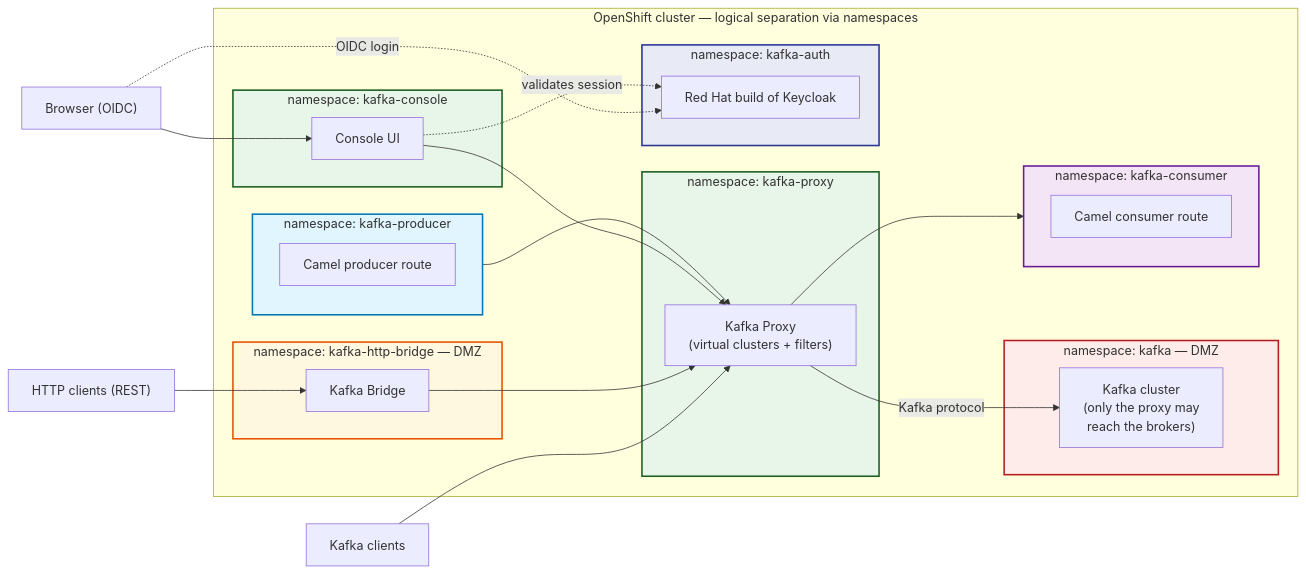
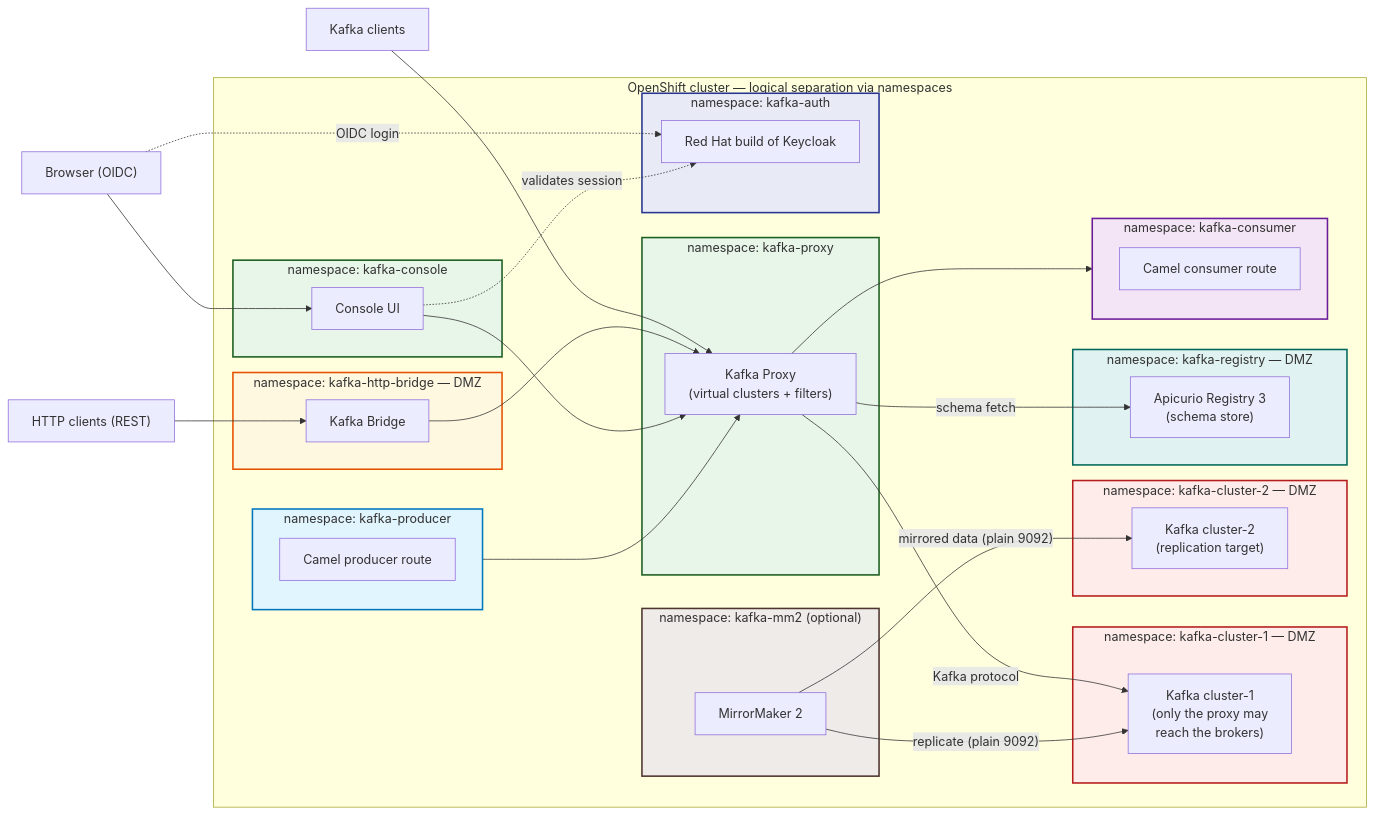
Before and after one commit to jcordes73/kafka-proxy-use-cases: the second of 3 diagrams in README.md, drawn with Mermaid. The commit also changed other lines of this file and 49 other files, not shown here.

````diff
--- a/README.md
+++ b/README.md
@@ -55,49 +55,64 @@
 ```mermaid
 flowchart LR
     A["Kafka clients"]
     H["HTTP clients (REST)"]
     U["Browser (OIDC)"]
     subgraph openshift["OpenShift cluster — logical separation via namespaces"]
         subgraph proxyNs["namespace: kafka-proxy"]
             P["Kafka Proxy<br/>(virtual clusters + filters)"]
         end
         subgraph bridgeNs["namespace: kafka-http-bridge — DMZ"]
             B["Kafka Bridge"]
         end
         subgraph consoleNs["namespace: kafka-console"]
             C["Console UI"]
         end
-        subgraph kafkaNs["namespace: kafka — DMZ"]
-            K["Kafka cluster<br/>(only the proxy may<br/>reach the brokers)"]
+        subgraph kafkaNs1["namespace: kafka-cluster-1 — DMZ"]
+            K["Kafka cluster-1<br/>(only the proxy may<br/>reach the brokers)"]
+        end
+        subgraph kafkaNs2["namespace: kafka-cluster-2 — DMZ"]
+            K2["Kafka cluster-2<br/>(replication target)"]
+        end
+        subgraph mm2Ns["namespace: kafka-mm2 (optional)"]
+            M["MirrorMaker 2"]
         end
         subgraph authNs["namespace: kafka-auth"]
             KC["Red Hat build of Keycloak"]
+        end
+        subgraph registryNs["namespace: kafka-registry — DMZ"]
+            R["Apicurio Registry 3<br/>(schema store)"]
         end
         subgraph producerNs["namespace: kafka-producer"]
             direction TB
             PROD["Camel producer route"]
         end
         subgraph consumerNs["namespace: kafka-consumer"]
             direction TB
             CONS["Camel consumer route"]
         end
     end
     A --> P
     H --> B
     B --> P
     U --> C
     C --> P
     PROD --> P
     P --> CONS
     P -- "Kafka protocol" --> K
+    P -- "schema fetch" --> R
+    M -- "replicate (plain 9092)" --> K
+    M -- "mirrored data (plain 9092)" --> K2
     U -. "OIDC login" .-> KC
     C -. "validates session" .-> KC
 
-    style kafkaNs fill:#fdecea,stroke:#b71c1c,stroke-width:2px
+    style kafkaNs1 fill:#fdecea,stroke:#b71c1c,stroke-width:2px
+    style kafkaNs2 fill:#fdecea,stroke:#b71c1c,stroke-width:2px
     style bridgeNs fill:#fff8e1,stroke:#e65100,stroke-width:2px
     style authNs fill:#e8eaf6,stroke:#283593,stroke-width:2px
     style proxyNs fill:#e8f5e9,stroke:#1b5e20,stroke-width:2px
     style consoleNs fill:#e8f5e9,stroke:#1b5e20,stroke-width:2px
     style producerNs fill:#e1f5fe,stroke:#0277bd,stroke-width:2px
     style consumerNs fill:#f3e5f5,stroke:#6a1b9a,stroke-width:2px
+    style registryNs fill:#e0f2f1,stroke:#00695c,stroke-width:2px
+    style mm2Ns fill:#efebe9,stroke:#4e342e,stroke-width:2px
 ```
````
